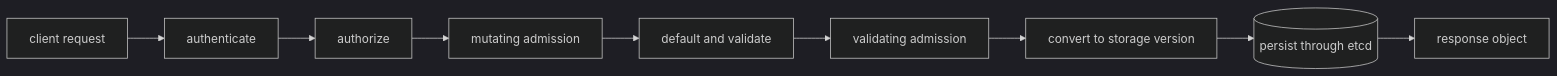
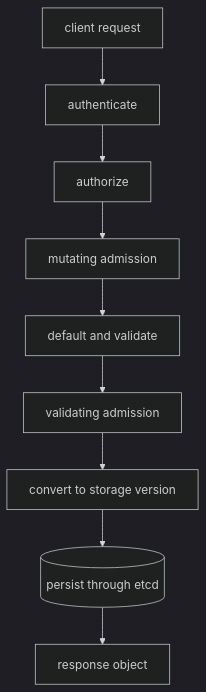
Before and after one commit to searge/deck: the diagram in core/k8s/api_machinery.md, drawn with Mermaid (dark theme). The commit also changed 27 other files, not shown here.

````diff
--- a/core/k8s/api_machinery.md
+++ b/core/k8s/api_machinery.md
@@ -51,11 +51,11 @@
 ```mermaid
-flowchart LR
+flowchart TB
     C[client request] --> AU[authenticate]
     AU --> AZ[authorize]
     AZ --> MA[mutating admission]
     MA --> D[default and validate]
     D --> VA[validating admission]
     VA --> CV[convert to storage version]
     CV --> E[(persist through etcd)]
     E --> R[response object]
 ```
````
